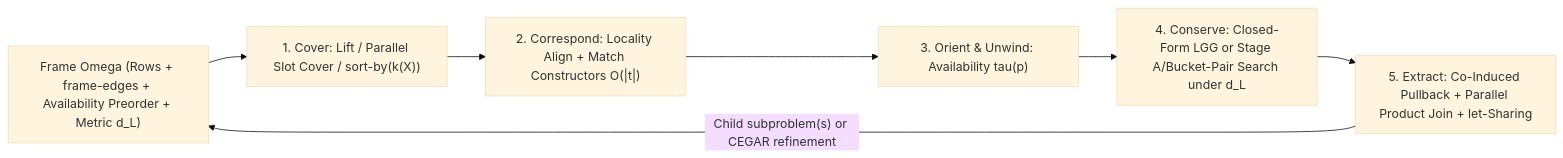
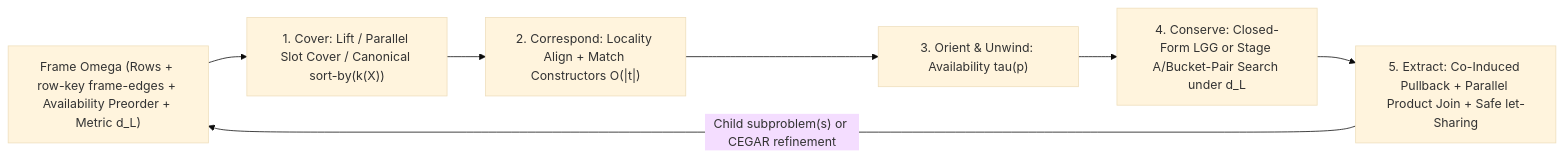
Before and after one commit to Astera-org/lisploop: the diagram in plan8.md, drawn with Mermaid (base theme). The commit also changed other lines of this file, not shown here.

````diff
--- a/plan8.md
+++ b/plan8.md
@@ -98,9 +101,9 @@
 ```mermaid
 flowchart LR
-    F["Frame Omega (Rows + frame-edges + Availability Preorder + Metric d_L)"] --> C1["1. Cover: Lift / Parallel Slot Cover / sort-by(k(X))"]
+    F["Frame Omega (Rows + row-key frame-edges + Availability Preorder + Metric d_L)"] --> C1["1. Cover: Lift / Parallel Slot Cover / Canonical sort-by(k(X))"]
     C1 --> C2["2. Correspond: Locality Align + Match Constructors O(|t|)"]
     C2 --> C3["3. Orient & Unwind: Availability tau(p)<tau(q) + Symbolic/Heuristic Solvers"]
     C3 --> C4["4. Conserve: Closed-Form LGG or Stage A/Bucket-Pair Search under d_L"]
-    C4 --> C5["5. Extract: Co-Induced Pullback + Parallel Product Join + let-Sharing"]
+    C4 --> C5["5. Extract: Co-Induced Pullback + Parallel Product Join + Safe let-Sharing"]
     C5 -->|"Child subproblem(s) or CEGAR refinement"| F
 ```
````
